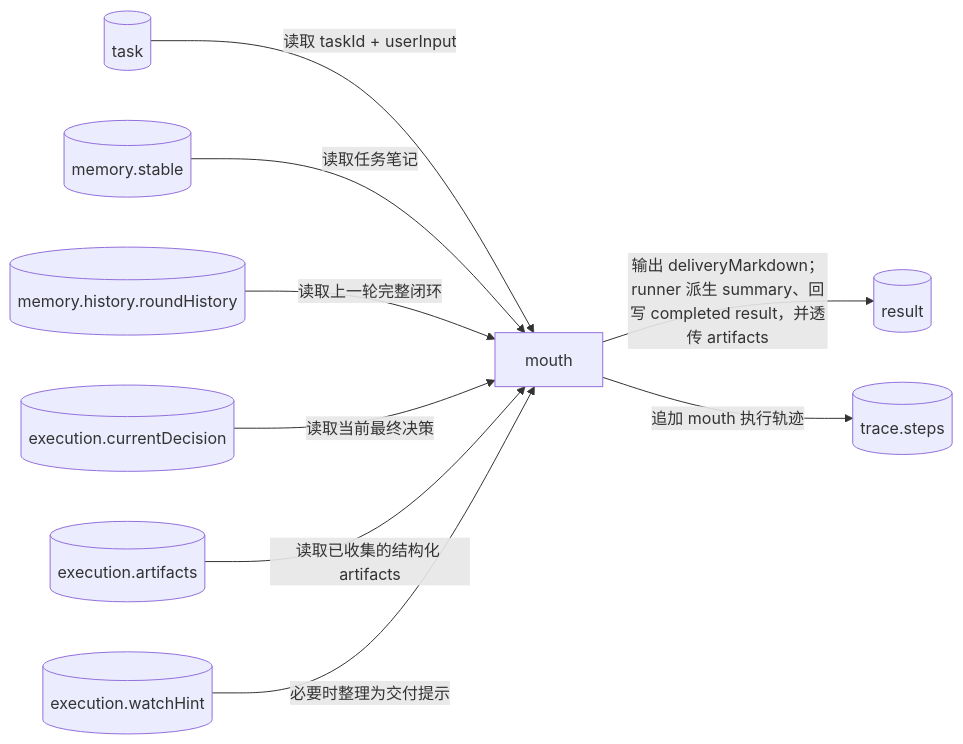
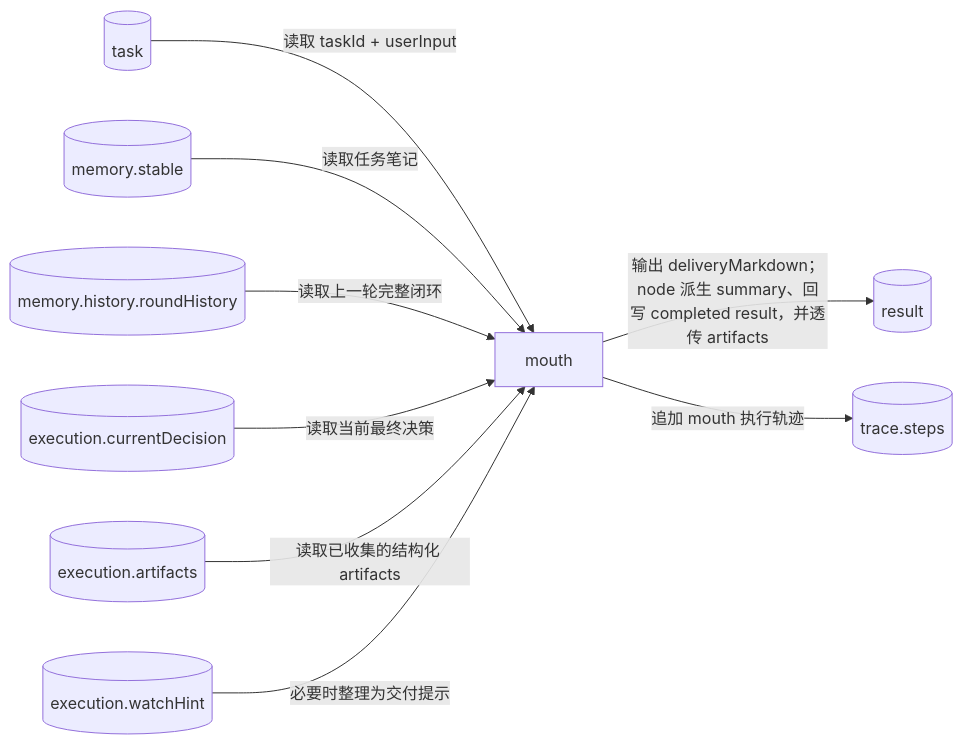
One commit to Yoan98/Ncurator changed the fifth of 5 diagrams in doc/ai-design/data-definition-and-flow.md. Above: the diagram before and after it, drawn with Mermaid. The commit also changed other lines of this file and 61 other files, not shown here.

````diff
--- a/doc/ai-design/data-definition-and-flow.md
+++ b/doc/ai-design/data-definition-and-flow.md
@@ -954,21 +928,21 @@
 ```mermaid
 flowchart LR
     T[("task")]
     SM[("memory.stable")]
     PM[("memory.history.roundHistory")]
     CD[("execution.currentDecision")]
     A[("execution.artifacts")]
     WH[("execution.watchHint")]
     M["mouth"]
     R[("result")]
     TR[("trace.steps")]
 
     T -->|读取 taskId + userInput| M
     SM -->|读取任务笔记| M
     PM -->|读取上一轮完整闭环| M
     CD -->|读取当前最终决策| M
     A -->|读取已收集的结构化 artifacts| M
     WH -->|必要时整理为交付提示| M
-    M -->|输出 deliveryMarkdown；runner 派生 summary、回写 completed result，并透传 artifacts| R
+    M -->|输出 deliveryMarkdown；node 派生 summary、回写 completed result，并透传 artifacts| R
     M -->|追加 mouth 执行轨迹| TR
 ```
````
